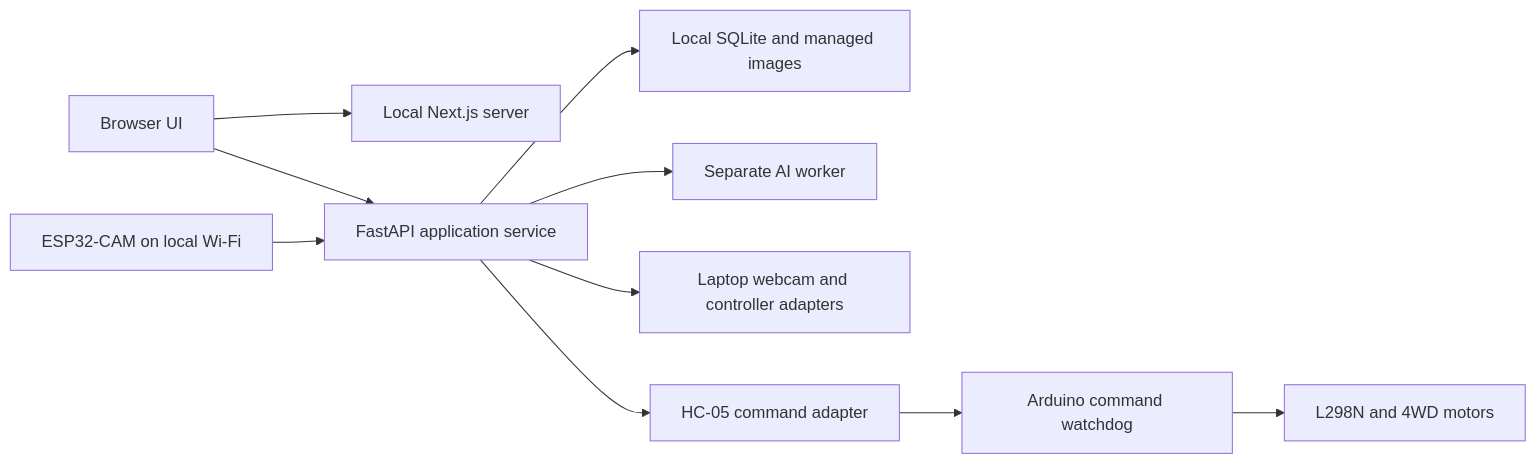
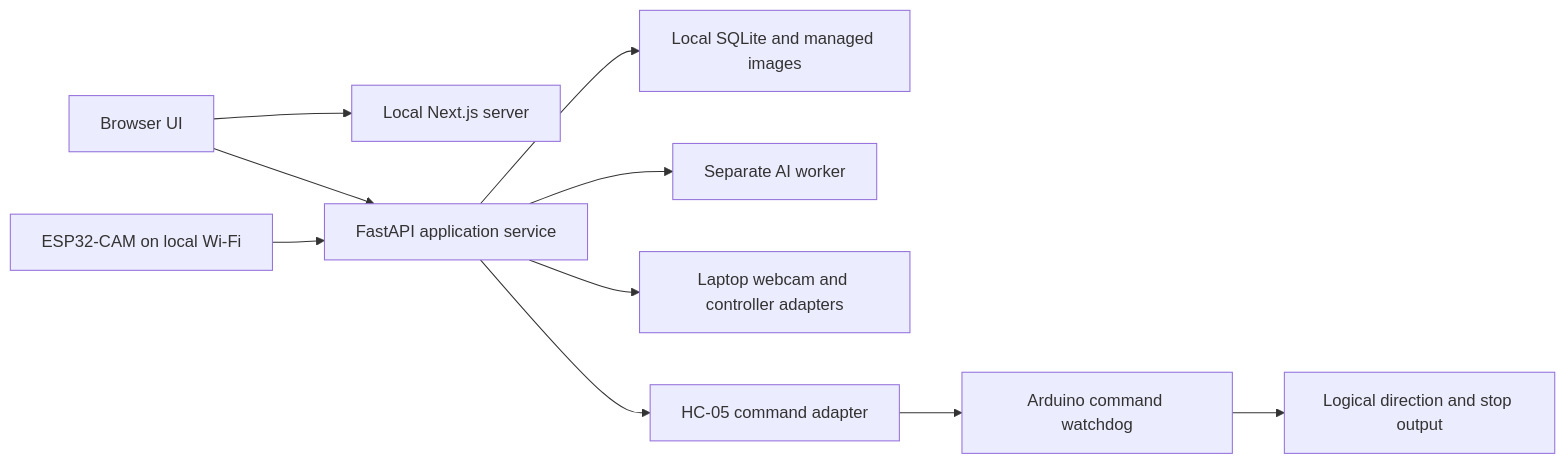
The diagram in docs/ARCHITECTURE.md (alisameh05/Lost-Found_Robotic_Car), drawn with Mermaid before and after one commit. The commit also changed other lines of this file and 3 other files, not shown here.

````diff
--- a/docs/ARCHITECTURE.md
+++ b/docs/ARCHITECTURE.md
@@ -24,12 +25,12 @@
 ```mermaid
 flowchart LR
     UI[Browser UI] --> NEXT[Local Next.js server]
     UI --> API[FastAPI application service]
     API --> DATA[Local SQLite and managed images]
     API --> AI[Separate AI worker]
     API --> INPUT[Laptop webcam and controller adapters]
     API --> SERIAL[HC-05 command adapter]
     SERIAL --> UNO[Arduino command watchdog]
-    UNO --> MOTORS[L298N and 4WD motors]
+    UNO --> OUTPUT[Logical direction and stop output]
     CAMERA[ESP32-CAM on local Wi-Fi] --> API
 ```
````
